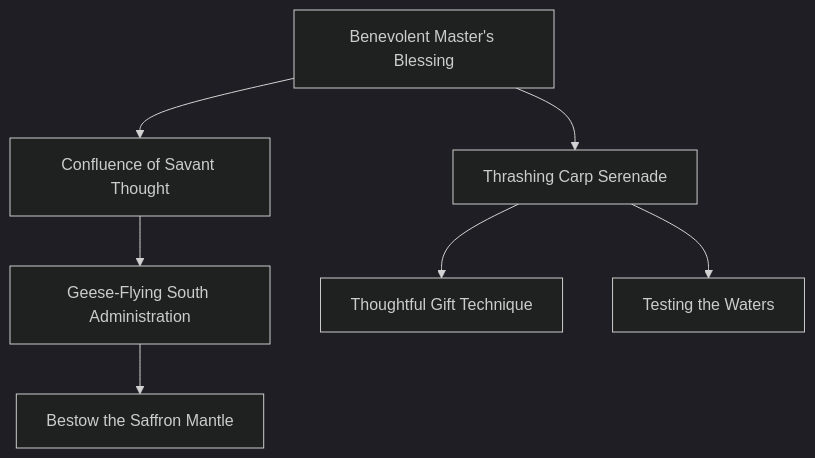
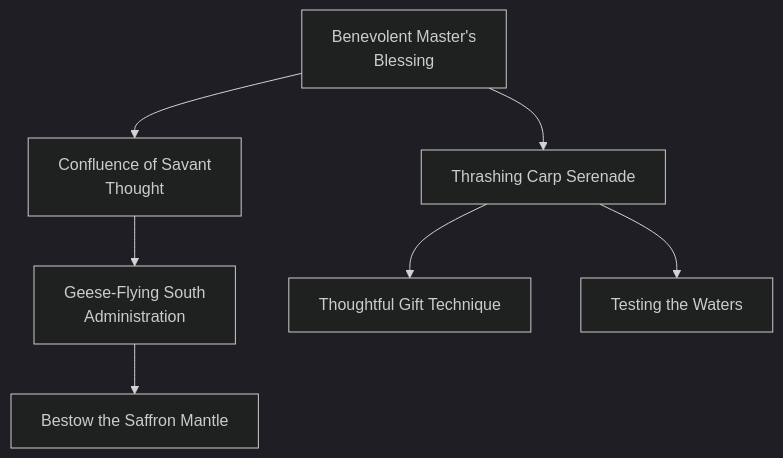
Before and after one commit to jrobichaud/exalted-charms-1e: the diagram in docs/mermaid/dragon_blooded/water_bureaucracy_1.mmd, drawn with Mermaid. The commit also changed 14 other files, not shown here.

```diff
--- a/docs/mermaid/dragon_blooded/water_bureaucracy_1.mmd
+++ b/docs/mermaid/dragon_blooded/water_bureaucracy_1.mmd
@@ -1,199 +1,199 @@
 ---
 config:
   theme: dark
 ---
 flowchart TD
 
-    benevolent_masters_blessing[Benevolent Master's Blessing]
+    benevolent_masters_blessing[Benevolent Master's<br>Blessing]
     click benevolent_masters_blessing callback "
         Benevolent Master's Blessing<br>
         <br>
         Cost: 1 mote or 1 mote per two dice<br>
         Duration: One scene<br>
         Type: Simple<br>
         Minimum Bureaucracy: 2<br>
         Minimum Essence: 1<br>
         Prerequisite Charms: None<br>
         <br>
         Using this Charm, a Dragon-Blood administrator can
         imbue his underlings with an echo of his own innate grasp of
         the workings of state. The bureaucrat may grant one trusted
         assistant a bonus of two dice per point of Essence spent. The
         assistant may not more than double her Bureaucracy, and the
         Exalt cannot donate more Ability than he has.<br>
         Alternately, for merely 1 mote of Essence, the Dynast may
         turn a group of dullards or even the soul-dead victims of the Fair
         Folk into passable temporary help by splitting his Bureaucracy
         Ability among them, giving a maximum of one point to each.
         This Charm requires some supervision — the assistants will
         have questions, and if they cannot find the Dragon- Blood to ask
         him their questions, the Charm fails. While supervising, the
         Dragon-Blooded technically has no Bureaucracy, and can do
         nothing but look after his charges. Temporary assistants must
         have originally possessed no dots in Bureaucracy.
         "
 
-    confluence_of_savant_thought[Confluence of Savant Thought]
+    confluence_of_savant_thought[Confluence of Savant<br>Thought]
     benevolent_masters_blessing --> confluence_of_savant_thought
     click confluence_of_savant_thought callback "
         Confluence of Savant Thought<br>
         <br>
         Cost: 2 motes<br>
         Duration: One scene<br>
         Type: Simple<br>
         Minimum Bureaucracy: 3<br>
         Minimum Essence: 2<br>
         Prerequisite Charms: Benevolent Master's Blessing<br>
         <br>
         The Essence of bureaucracy is the same everywhere -
         the day-to-day affairs of a household or mercantile establishment
         tend to pool and eddy in predictable patterns no
         matter how grand or humble the scale. An Exalt may use this
         Charm to tap into the bureaucracy around her and under-
         stand its general nature and some specifics of its operation,
         such as where goods or documents are kept or who is
         responsible for what aspects of administration. This Charm
         does not grant unfettered access to guarded or locked areas,
         but it does allow the Dragon-Blood to use her Bureaucracy
         Ability in place of her Socialize Ability for purposes of
         dissembling about paperwork, permissions and passage.
         "
 
-    geese_flying_south_administration[Geese-Flying South Administration]
+    geese_flying_south_administration[Geese-Flying South<br>Administration]
     confluence_of_savant_thought --> geese_flying_south_administration
     click geese_flying_south_administration callback "
         Geese-Flying South Administration<br>
         <br>
         Cost: 5 motes, 1 Willpower<br>
         Duration: One task<br>
         Type: Simple<br>
         Minimum Bureaucracy: 4<br>
         Minimum Essence: 2<br>
         Prerequisite Charms: Confluence of Savant Thought<br>
         <br>
         An administrator with this Charm can bend her entire
         bureaucratic apparatus to expedite a designated task: tax collec-
         tion, troop recruitment or selling merchandise, for example.
         Her followers perform their duties exceptionally well for the
         duration of the task, serving with the utmost dedication. At the
         completion of the task, the Dragon-Blood reaps additional
         benefits. Monetary profits increase by one percent per success
         on an Intelligence + Bureaucracy roll. If the end result is goods
         rather than coin, the amount is increased by two percent per
         success. Conscription and other recruitment are improved by
         two percent per success on a Charisma + Bureaucracy roll. The
         Storyteller is responsible for determining the base result of any
         such endeavor, before the improvements granted by this
         Charm. These improvements are strictly magical and do not
         actually improve the bureaucracy in the long term.
         "
 
     bestow_the_saffron_mantle[Bestow the Saffron Mantle]
     geese_flying_south_administration --> bestow_the_saffron_mantle
     click bestow_the_saffron_mantle callback "
         Bestow the Saffron Mantle<br>
         <br>
         Cost: 1 mote + 1 mote per dot lent<br>
         Duration: Special<br>
         Type: Simple<br>
         Minimum Bureaucracy: 4<br>
         Minimum Essence: 3<br>
         Prerequisite Charms: Geese-Flying-South Administration<br>
         <br>
         This Charm is priceless to Dragon-Blooded who must
         travel but cannot bear to leave their affairs in the hands of
         others. Before leaving on a journey, a Dragon-Blood knowing
         this Charm may designate a proxy to make decisions on his
         behalf (most give a token of some kind, perhaps a seal, scroll
         or garment). The designee administers precisely as the Exalt
         would have were he present, making decisions and placing
         resources with her master's remarkable skill. Dusty legends
         popular only among scribes tell of assassinated Dynasts who
         reach out from beyond the grave to wreak havoc on the affairs
         of their murders by way of their faithful servants.<br>
         The Charm is effective for a number of weeks equal to
         the successes scored on a Perception + Bureaucracy roll, but
         the exact duration is not obvious to either the proxy or the
         Dragon-Blooded, who must simply trust in his abilities. The
         Dragon-Blood may end the Charm sooner if he wishes. If he
         does so, the committed Essence begins returning normally.
         "
 
     thrashing_carp_serenade[Thrashing Carp Serenade]
     benevolent_masters_blessing --> thrashing_carp_serenade
     click thrashing_carp_serenade callback "
         Thrashing Carp Serenade<br>
         <br>
         Cost: 3 motes<br>
         Duration: One scene<br>
         Type: Simple<br>
         Minimum Bureaucracy: 3<br>
         Minimum Essence: 1<br>
         Prerequisite Charms: Benevolent Master's Blessing<br>
         <br>
         There is an art to impeding the flow of a bureaucracy.
         The Thrashing Carp Serenade is only the beginning of that
         art. By means of this Charm, an Exalt may slow administrative
         tasks and productive deliberation in the area within the sound
         of his voice to a near standstill. In order to make any progress,
         the player of the opposing bureaucrat must best the wielder of
         this Charm's player in an opposed Stamina + Bureaucracy
         test. Any Water-aspected novice can hold a roomful of aged
         scribes at bay, but only the experienced or rash use this
         technique in an august body such as the Deliberative.
         "
 
     thoughtful_gift_technique[Thoughtful Gift Technique]
     thrashing_carp_serenade --> thoughtful_gift_technique
     click thoughtful_gift_technique callback "
         Thoughtful Gift Technique<br>
         <br>
         Cost: 2 motes<br>
         Duration: Instant<br>
         Type: Simple<br>
         Minimum Bureaucracy: 4<br>
         Minimum Essence: 2<br>
         Prerequisite Charms: Thrashing Carp Serenade<br>
         <br>
         Presenting an appropriate gift can take the edge off an
         uncomfortable social gathering or gain favors and access
         that would otherwise seem unattainable. Using this Charm,
         a Dragon-Blood intuits what would make the perfect gift, for
         public presentation, or the perfect bribe, for private dealings.
         Specifying gift or bribe, the Exalt's player rolls Perception
         + Bureaucracy. The Exalt must know the intended recipient;
         knowing him by reputation raises the difficulty of the
         roll by 2. This Charm does not provide the gift — or even
         easy access to it — it merely provides the information. The
         brutish administrators of the tributary lands may be fondest
         of gifts of wealth, but the nuanced tastes of the Dynasts may
         require that the would-be gift-giver acquire unusual items
         such as a lock of hair from a vain rival or a sapphire exactly
         the color of a favored mistress's eyes.
         "
 
     testing_the_waters[Testing the Waters]
     thrashing_carp_serenade --> testing_the_waters
     click testing_the_waters callback "
         Testing the Waters<br>
         <br>
         Cost: 3 motes<br>
         Duration: Instant<br>
         Type: Simple<br>
         Minimum Bureaucracy: 5<br>
         Minimum Essence: 2<br>
         Prerequisite Charms: Thrashing Carp Serenade<br>
         <br>
         The quickest path to disaster for a political gambit is to
         call a vote before knowing how the votes will fall. Armed
         with this Charm, a master bureaucrat can safely avoid that
         pitfall. With but a moment's consideration, the Exalt knows
         how many votes yea, nay or abstaining would result should
         the matter under discussion be called to a vote. It does not
         reveal by whom the votes would be cast. The Dragon-Blooded
         do not only use this Charm to pass their own
         agendas. They also hurry their rivals' plans to failure or
         simply judge where their vote will bring the highest price.
         Note that this Charm can only be used on groups of seven
         or more; it simply fails if used on a smaller group.
         "
```
